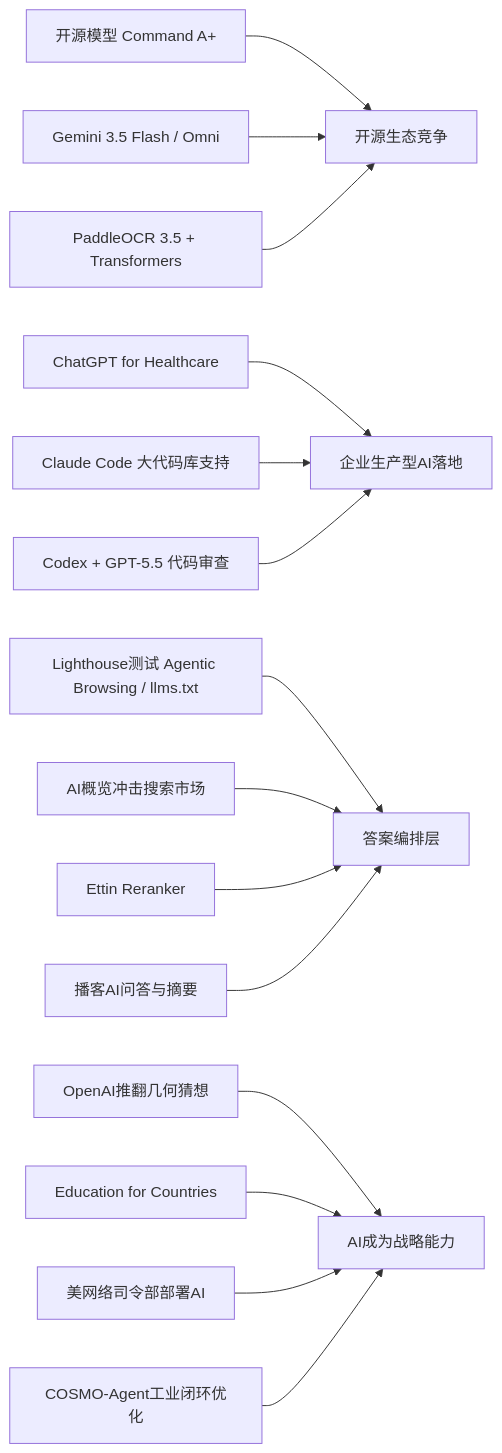
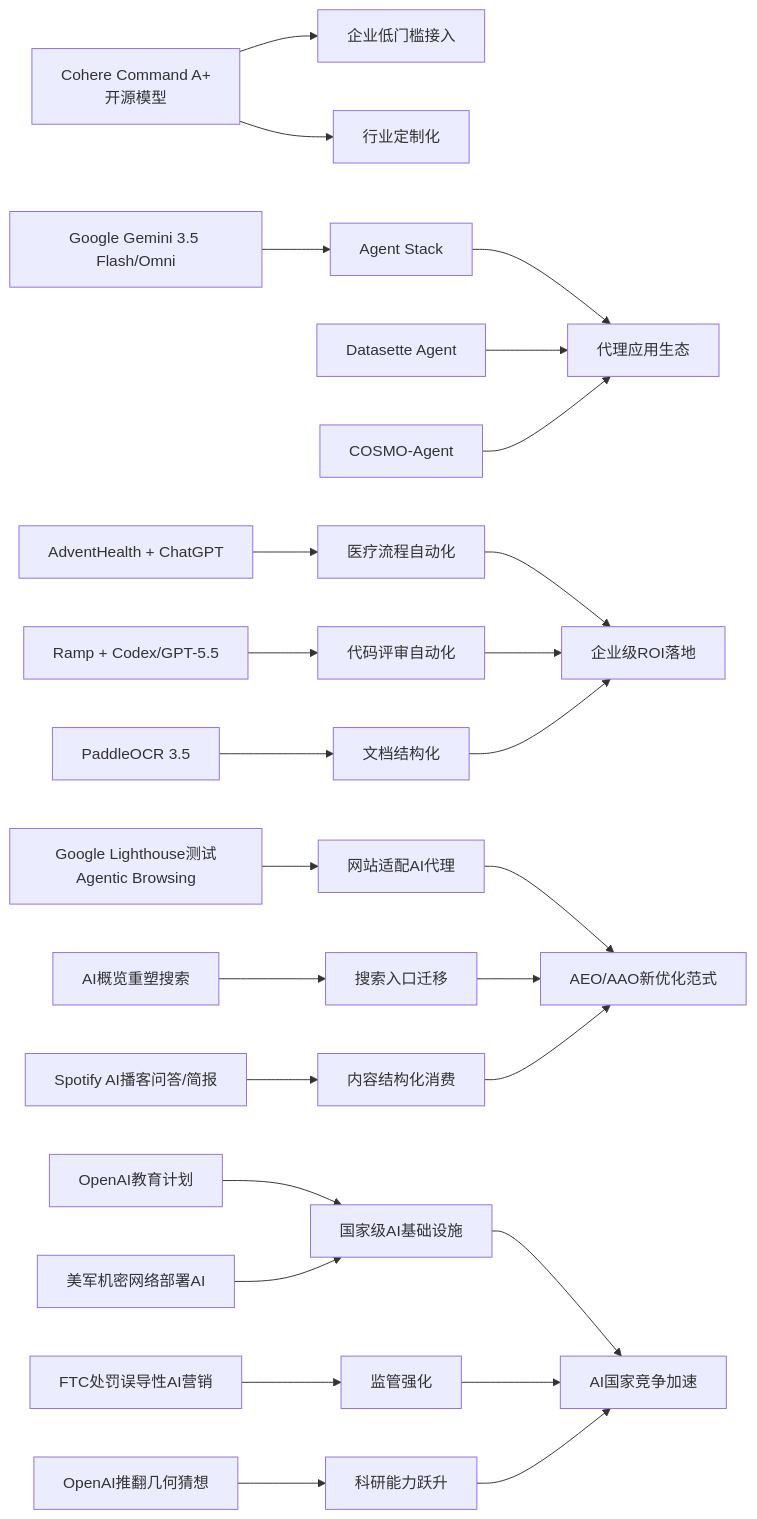
One commit to zhuxinfei/ai-daily-site changed the diagram in content/cn/2026/2026-05/2026-05-22.md. Above: the diagram before and after it, drawn with Mermaid. The commit also changed other lines of this file, not shown here.

````diff
--- a/content/cn/2026/2026-05/2026-05-22.md
+++ b/content/cn/2026/2026-05/2026-05-22.md
@@ -140,20 +110,31 @@
 ```mermaid
 graph LR
-    Cohere[开源模型 Command A+] --> Ecosystem[开源生态竞争]
-    GoogleGemini[Gemini 3.5 Flash / Omni] --> Ecosystem
-    PaddleOCR[PaddleOCR 3.5 + Transformers] --> Ecosystem
+  A[Cohere Command A+<br/>开源模型] --> B[企业低门槛接入]
+  A --> C[行业定制化]
+  D[Google Gemini 3.5 Flash/Omni] --> E[Agent Stack]
+  E --> F[代理应用生态]
+  G[Datasette Agent] --> F
+  H[COSMO-Agent] --> F
 
-    AdventHealth[ChatGPT for Healthcare] --> EnterpriseAI[企业生产型AI落地]
-    ClaudeCode[Claude Code 大代码库支持] --> EnterpriseAI
-    Ramp[Codex + GPT-5.5 代码审查] --> EnterpriseAI
+  I[AdventHealth + ChatGPT] --> J[医疗流程自动化]
+  K[Ramp + Codex/GPT-5.5] --> L[代码评审自动化]
+  M[PaddleOCR 3.5] --> N[文档结构化]
+  J --> O[企业级ROI落地]
+  L --> O
+  N --> O
 
-    GoogleLighthouse[Lighthouse测试 Agentic Browsing / llms.txt] --> AnswerLayer[答案编排层]
-    SearchShift[AI概览冲击搜索市场] --> AnswerLayer
-    Ettin[Ettin Reranker] --> AnswerLayer
-    Spotify[播客AI问答与摘要] --> AnswerLayer
+  P[Google Lighthouse测试Agentic Browsing] --> Q[网站适配AI代理]
+  R[AI概览重塑搜索] --> S[搜索入口迁移]
+  T[Spotify AI播客问答/简报] --> U[内容结构化消费]
+  Q --> V[AEO/AAO新优化范式]
+  S --> V
+  U --> V
 
-    OpenAIMath[OpenAI推翻几何猜想] --> StrategicAI[AI成为战略能力]
-    Education[Education for Countries] --> StrategicAI
-    CyberCommand[美网络司令部部署AI] --> StrategicAI
-    COSMO[COSMO-Agent工业闭环优化] --> StrategicAI
+  W[OpenAI教育计划] --> X[国家级AI基础设施]
+  Y[美军机密网络部署AI] --> X
+  Z[FTC处罚误导性AI营销] --> AA[监管强化]
+  AB[OpenAI推翻几何猜想] --> AC[科研能力跃升]
+  X --> AD[AI国家竞争加速]
+  AA --> AD
+  AC --> AD
 ```
````
